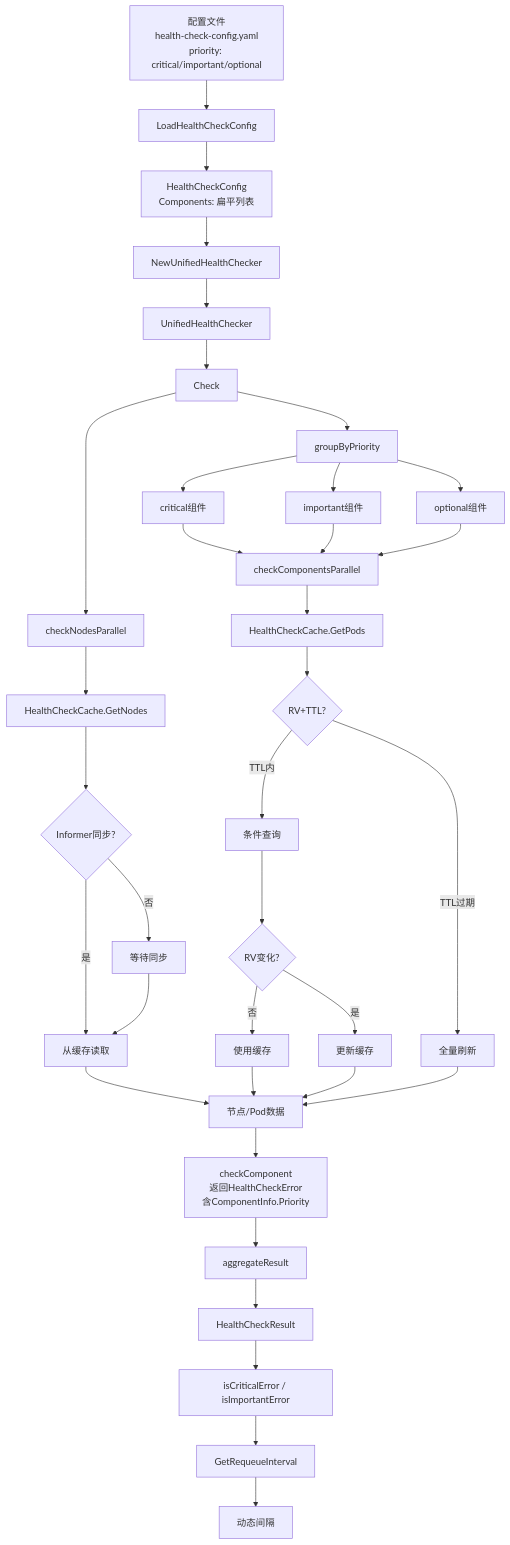
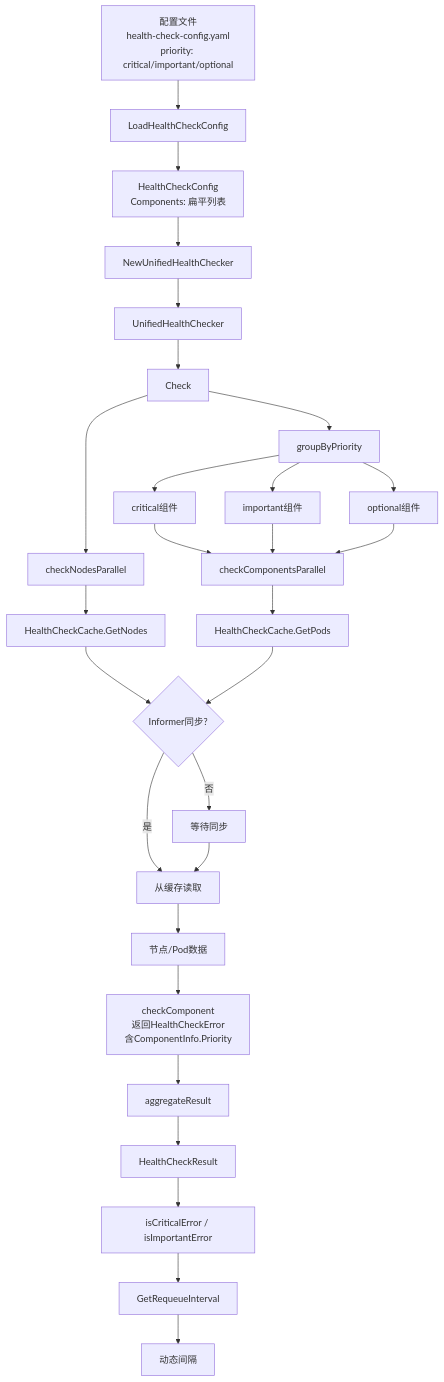
The fourth of 7 diagrams in code/performance/report/health-check-convergence.md (javadoors/cluster-api-provider-bke), drawn with Mermaid before and after one commit. The commit also changed other lines of this file, not shown here.

Commit message:
docs(health-check): 删除设计视图中的RV+TTL备选方案
- 修改组件职责说明表格，移除'推荐方案'措辞
- 修改数据流图，删除RV+TTL分支
- GetPods与GetNodes统一使用Informer缓存机制

````diff
--- a/code/performance/report/health-check-convergence.md
+++ b/code/performance/report/health-check-convergence.md
@@ -1041,46 +1041,38 @@
 ```mermaid
 graph TD
     A[配置文件<br/>health-check-config.yaml<br/>priority: critical/important/optional] --> B[LoadHealthCheckConfig]
     B --> C[HealthCheckConfig<br/>Components: 扁平列表]
     
     C --> D[NewUnifiedHealthChecker]
     D --> E[UnifiedHealthChecker]
     
     E --> F[Check]
     F --> G[checkNodesParallel]
     F --> H[groupByPriority]
     H --> H1[critical组件]
     H --> H2[important组件]
     H --> H3[optional组件]
     H1 --> I[checkComponentsParallel]
     H2 --> I
     H3 --> I
     
     G --> J[HealthCheckCache.GetNodes]
     I --> K[HealthCheckCache.GetPods]
     
     J --> L{Informer同步?}
     L -->|是| M[从缓存读取]
     L -->|否| N[等待同步]
     N --> M
     
-    K --> O{RV+TTL?}
-    O -->|TTL内| P[条件查询]
-    O -->|TTL过期| Q[全量刷新]
-    P --> R{RV变化?}
-    R -->|否| S[使用缓存]
-    R -->|是| T[更新缓存]
+    K --> L
     
     M --> U[节点/Pod数据]
-    S --> U
-    T --> U
-    Q --> U
     
     U --> V[checkComponent<br/>返回HealthCheckError<br/>含ComponentInfo.Priority]
     V --> W[aggregateResult]
     W --> X[HealthCheckResult]
     
     X --> Y[isCriticalError / isImportantError]
     Y --> Z[GetRequeueInterval]
     Z --> AA[动态间隔]
 ```
````
